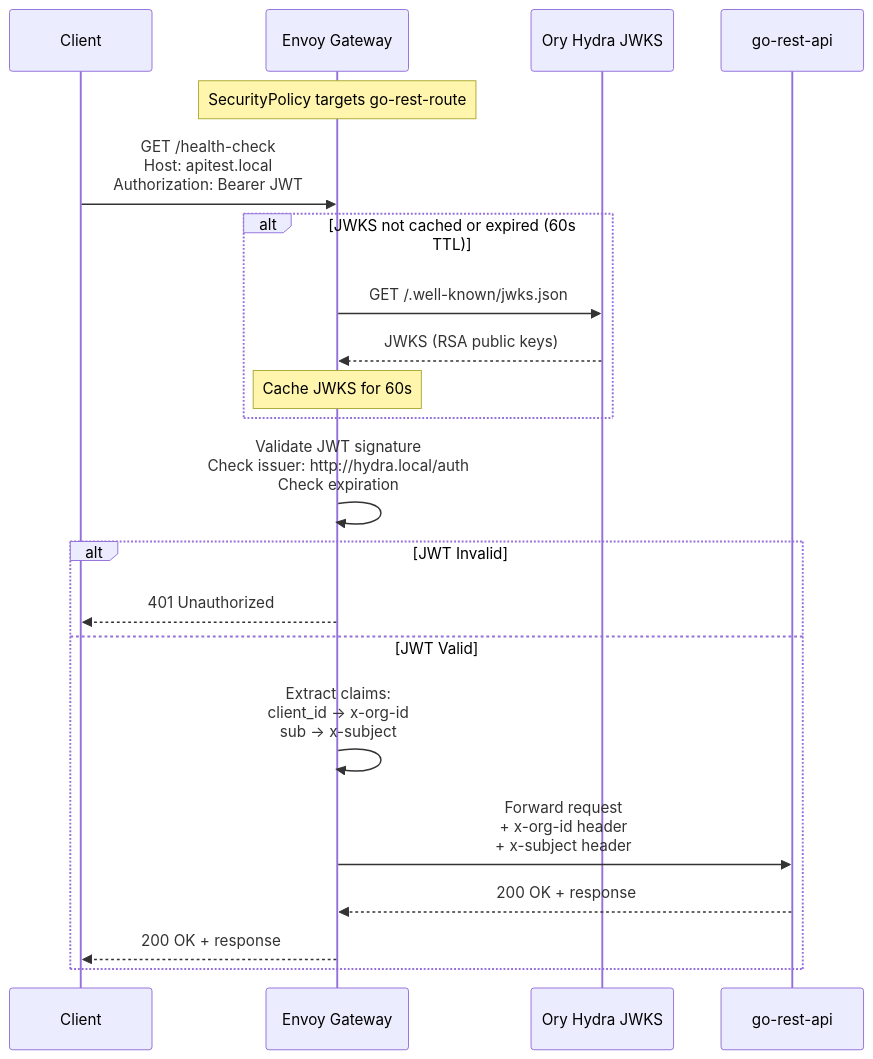
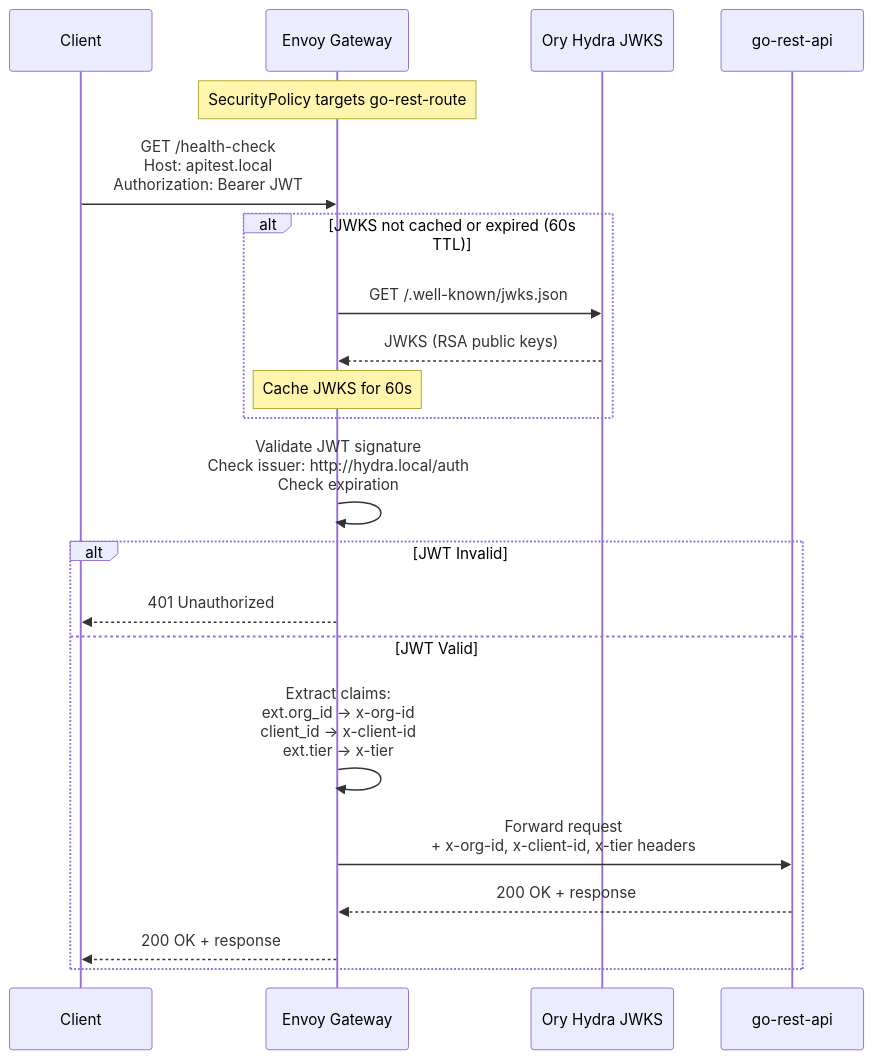
The fourth of 4 diagrams in requirements/demo-gateway-requirements.md (sam-bercovici/test-apisix), drawn with Mermaid before and after one commit. The commit also changed other lines of this file and 4 other files, not shown here.

````diff
--- a/requirements/demo-gateway-requirements.md
+++ b/requirements/demo-gateway-requirements.md
@@ -385,28 +412,28 @@
 ```mermaid
 sequenceDiagram
     participant Client
     participant Gateway as Envoy Gateway
     participant Hydra as Ory Hydra JWKS
     participant Backend as go-rest-api
 
     Note over Gateway: SecurityPolicy targets go-rest-route
 
     Client->>Gateway: GET /health-check<br/>Host: apitest.local<br/>Authorization: Bearer JWT
 
     alt JWKS not cached or expired (60s TTL)
         Gateway->>Hydra: GET /.well-known/jwks.json
         Hydra-->>Gateway: JWKS (RSA public keys)
         Note over Gateway: Cache JWKS for 60s
     end
 
     Gateway->>Gateway: Validate JWT signature<br/>Check issuer: http://hydra.local/auth<br/>Check expiration
 
     alt JWT Invalid
         Gateway-->>Client: 401 Unauthorized
     else JWT Valid
-        Gateway->>Gateway: Extract claims:<br/>client_id → x-org-id<br/>sub → x-subject
-        Gateway->>Backend: Forward request<br/>+ x-org-id header<br/>+ x-subject header
+        Gateway->>Gateway: Extract claims:<br/>ext.org_id → x-org-id<br/>client_id → x-client-id<br/>ext.tier → x-tier
+        Gateway->>Backend: Forward request<br/>+ x-org-id, x-client-id, x-tier headers
         Backend-->>Gateway: 200 OK + response
         Gateway-->>Client: 200 OK + response
     end
 ```
````
